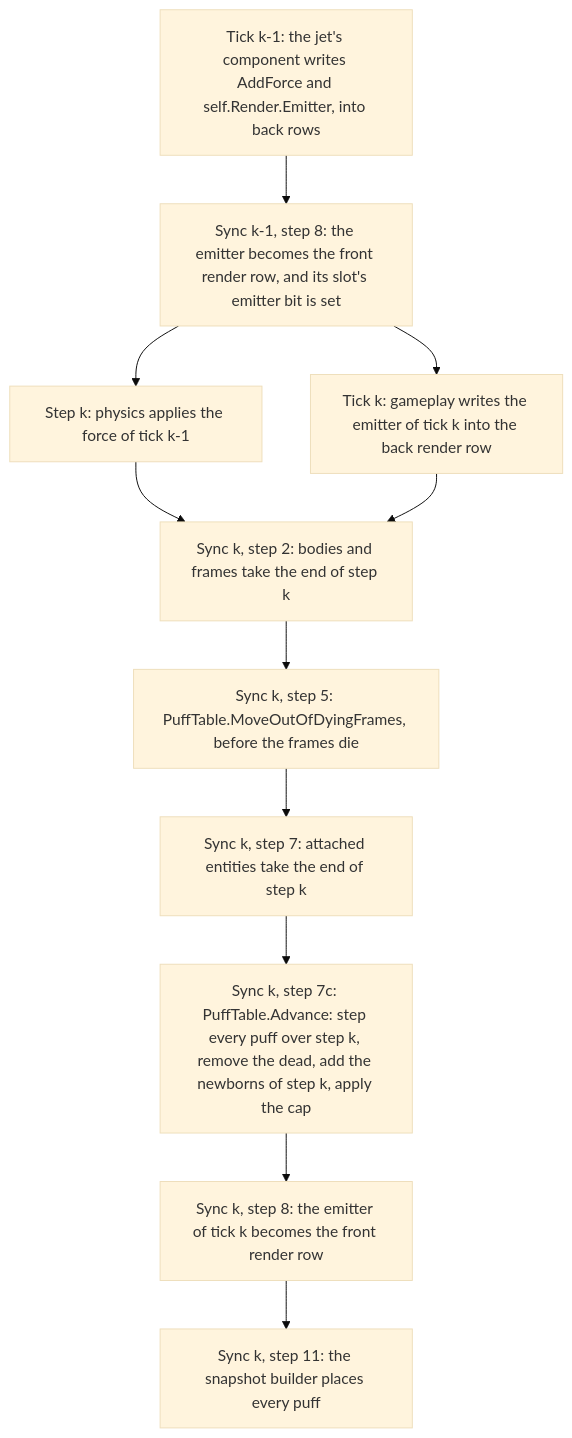
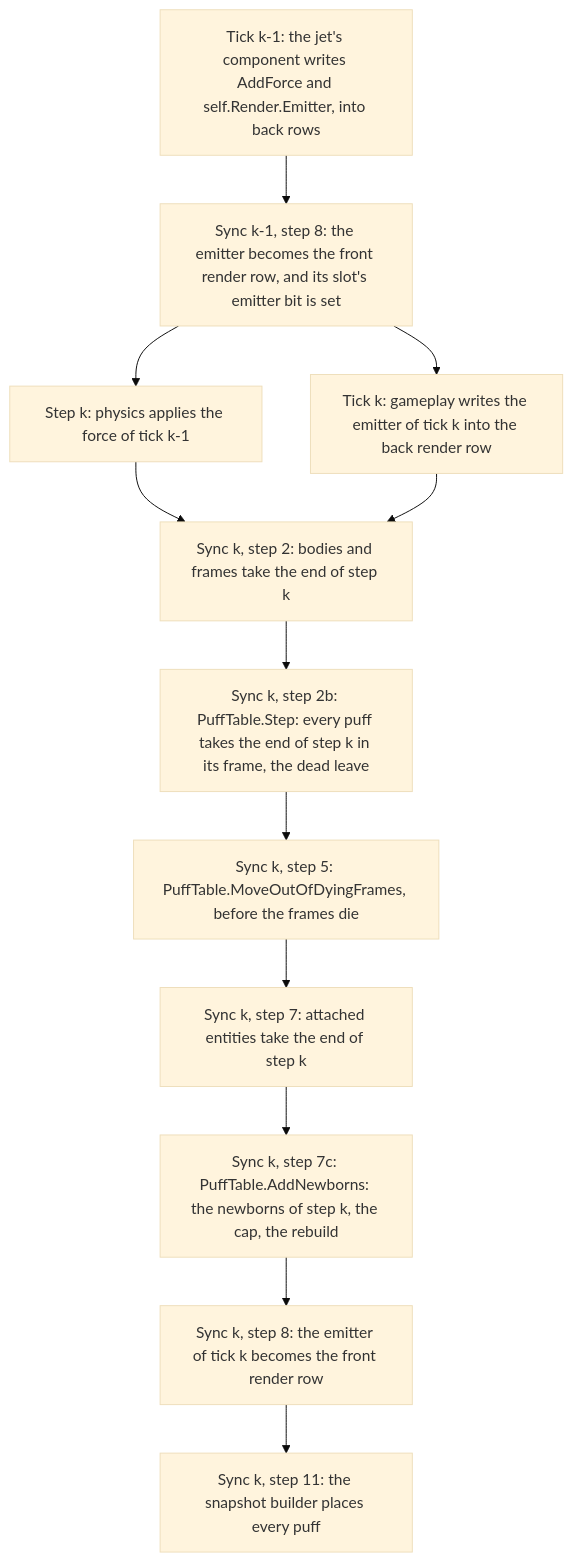
Before and after one commit to alexispurslane/tertius: the first of 2 diagrams in docs/plans/particles.md, drawn with Mermaid (base theme). The commit also changed other lines of this file, not shown here.

First line of the commit message:
Design doc for ter-4zt6: the revised puff design

````diff
--- a/docs/plans/particles.md
+++ b/docs/plans/particles.md
@@ -159,18 +390,19 @@
 ```mermaid
 flowchart TD
     T["Tick k-1: the jet's component writes AddForce and self.Render.Emitter, into back rows"]
     S8a["Sync k-1, step 8: the emitter becomes the front render row, and its slot's emitter bit is set"]
     P["Step k: physics applies the force of tick k-1"]
     G["Tick k: gameplay writes the emitter of tick k into the back render row"]
     S2["Sync k, step 2: bodies and frames take the end of step k"]
+    S2b["Sync k, step 2b: PuffTable.Step: every puff takes the end of step k in its frame, the dead leave"]
     S5["Sync k, step 5: PuffTable.MoveOutOfDyingFrames, before the frames die"]
     S7["Sync k, step 7: attached entities take the end of step k"]
-    S7c["Sync k, step 7c: PuffTable.Advance: step every puff over step k, remove the dead, add the newborns of step k, apply the cap"]
+    S7c["Sync k, step 7c: PuffTable.AddNewborns: the newborns of step k, the cap, the rebuild"]
     S8["Sync k, step 8: the emitter of tick k becomes the front render row"]
     S11["Sync k, step 11: the snapshot builder places every puff"]
     T --> S8a --> P
     S8a --> G
     P --> S2
     G --> S2
-    S2 --> S5 --> S7 --> S7c --> S8 --> S11
+    S2 --> S2b --> S5 --> S7 --> S7c --> S8 --> S11
 ```
````
